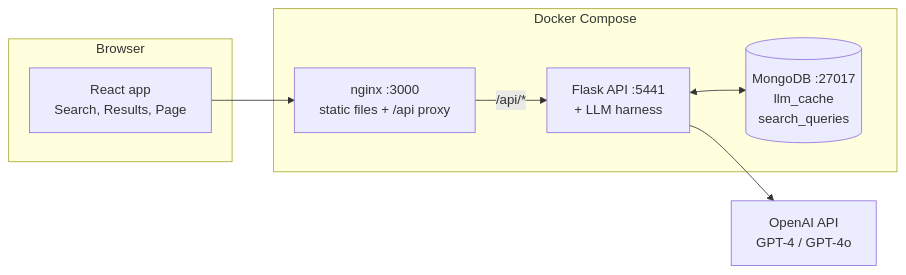
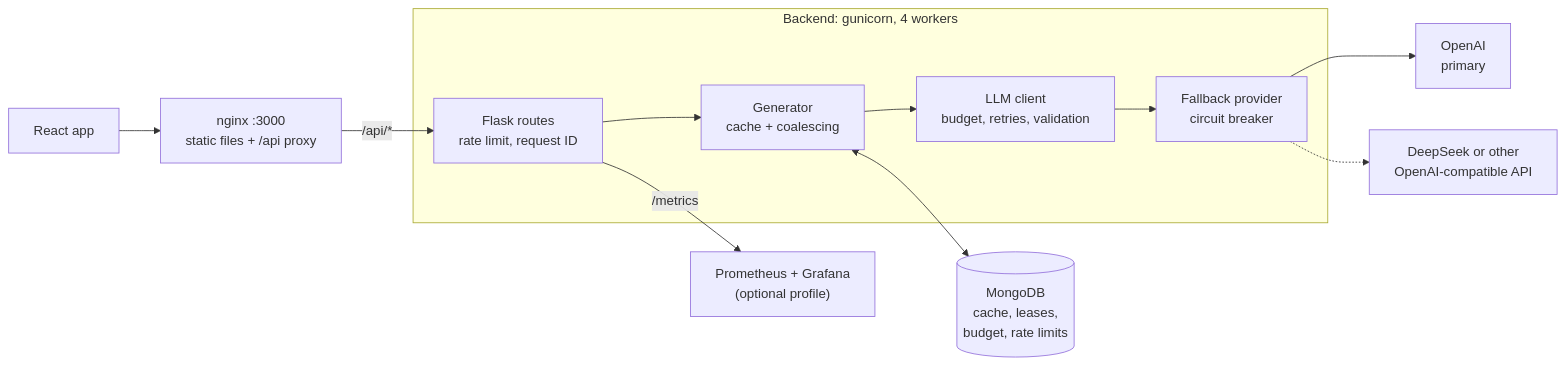
The second of 3 diagrams in README.md (NickZhuxy/Giggle), drawn with Mermaid before and after one commit. The commit also changed other lines of this file and 26 other files, not shown here.

````diff
--- a/README.md
+++ b/README.md
@@ -44,17 +44,14 @@
 ```mermaid
 flowchart LR
-    subgraph Browser
-        UI["React app<br/>Search, Results, Page"]
+    UI["React app"] --> NGINX["nginx :3000<br/>static files + /api proxy"]
+    NGINX -- "/api/*" --> API
+    subgraph BACKEND["Backend: gunicorn, 4 workers"]
+        API["Flask routes<br/>rate limit, request ID"] --> GEN["Generator<br/>cache + coalescing"]
+        GEN --> CLIENT["LLM client<br/>budget, retries, validation"]
+        CLIENT --> FB["Fallback provider<br/>circuit breaker"]
     end
-    subgraph Docker Compose
-        NGINX["nginx :3000<br/>static files + /api proxy"]
-        API["Flask API :5441<br/>+ LLM harness"]
-        MONGO[("MongoDB :27017<br/>llm_cache<br/>search_queries")]
-    end
-    LLM["OpenAI API<br/>GPT-4 / GPT-4o"]
-
-    UI --> NGINX
-    NGINX -- "/api/*" --> API
-    API <--> MONGO
-    API --> LLM
+    FB --> OPENAI["OpenAI<br/>primary"]
+    FB -.-> BACKUP["DeepSeek or other<br/>OpenAI-compatible API"]
+    GEN <--> MONGO[("MongoDB<br/>cache, leases,<br/>budget, rate limits")]
+    API -- "/metrics" --> PROM["Prometheus + Grafana<br/>(optional profile)"]
 ```
````
